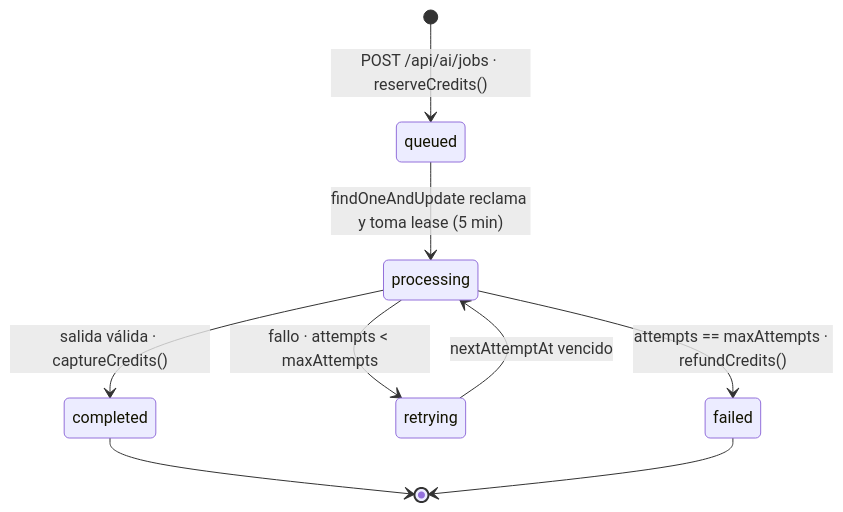
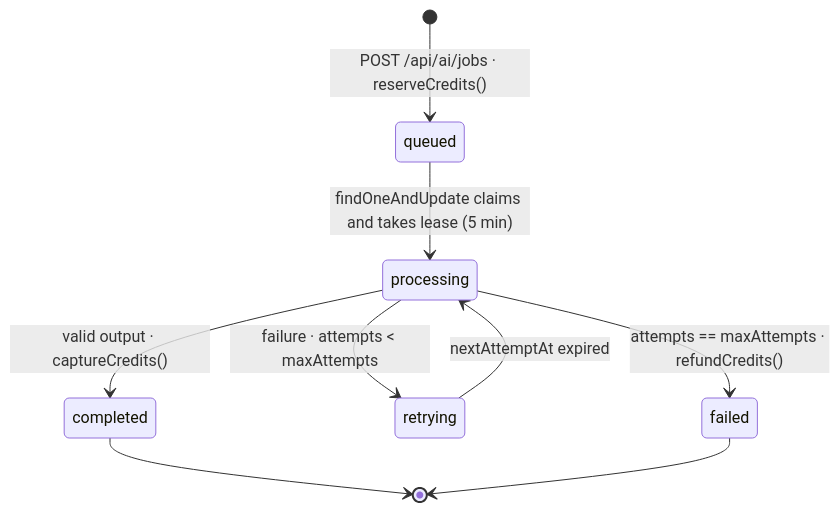
The diagram in docs/AI_ARCHITECTURE.md (jggjosue/prompt-studio), drawn with Mermaid before and after one commit. The commit also changed other lines of this file and 3 other files, not shown here.

````diff
--- a/docs/AI_ARCHITECTURE.md
+++ b/docs/AI_ARCHITECTURE.md
@@ -50,11 +52,11 @@
 ```mermaid
 stateDiagram-v2
     [*] --> queued: POST /api/ai/jobs · reserveCredits()
-    queued --> processing: findOneAndUpdate reclama y toma lease (5 min)
-    processing --> completed: salida válida · captureCredits()
-    processing --> retrying: fallo · attempts < maxAttempts
-    retrying --> processing: nextAttemptAt vencido
+    queued --> processing: findOneAndUpdate claims and takes lease (5 min)
+    processing --> completed: valid output · captureCredits()
+    processing --> retrying: failure · attempts < maxAttempts
+    retrying --> processing: nextAttemptAt expired
     processing --> failed: attempts == maxAttempts · refundCredits()
     completed --> [*]
     failed --> [*]
 ```
````
